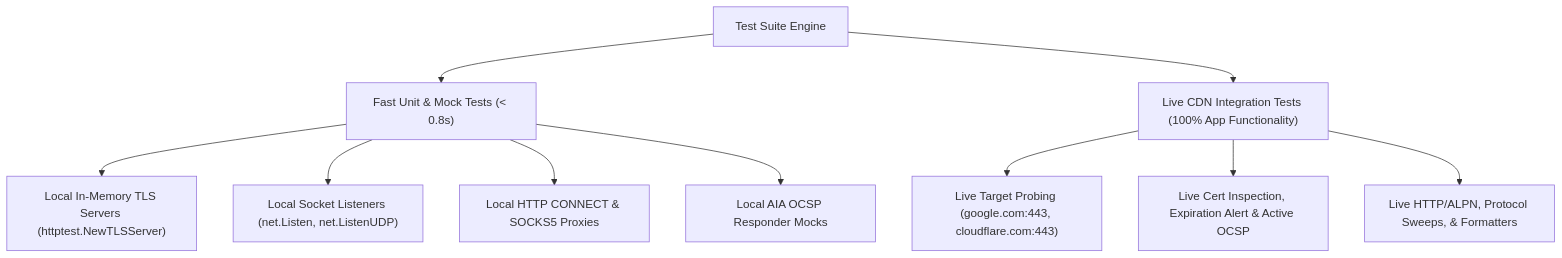
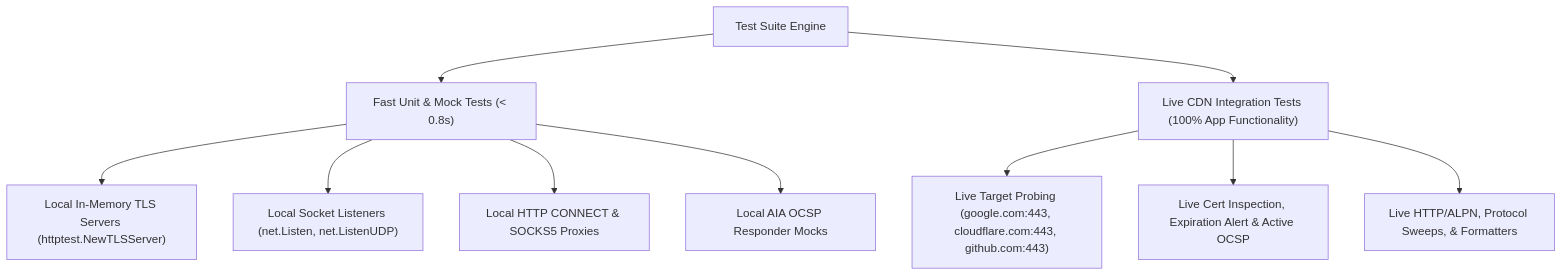
The diagram in TESTING.md (edsilegxrepo/tlstester), drawn with Mermaid before and after one commit. The commit also changed other lines of this file and 23 other files, not shown here.

````diff
--- a/TESTING.md
+++ b/TESTING.md
@@ -11,12 +11,12 @@
 ```mermaid
 graph TD
     SUITE["Test Suite Engine"] --> UNIT["Fast Unit & Mock Tests (< 0.8s)"]
     SUITE --> LIVE["Live CDN Integration Tests (100% App Functionality)"]
     UNIT --> M1["Local In-Memory TLS Servers (httptest.NewTLSServer)"]
     UNIT --> M2["Local Socket Listeners (net.Listen, net.ListenUDP)"]
     UNIT --> M3["Local HTTP CONNECT & SOCKS5 Proxies"]
     UNIT --> M4["Local AIA OCSP Responder Mocks"]
-    LIVE --> L1["Live Target Probing (google.com:443, cloudflare.com:443)"]
+    LIVE --> L1["Live Target Probing (google.com:443, cloudflare.com:443, github.com:443)"]
     LIVE --> L2["Live Cert Inspection, Expiration Alert & Active OCSP"]
     LIVE --> L3["Live HTTP/ALPN, Protocol Sweeps, & Formatters"]
 ```
````
